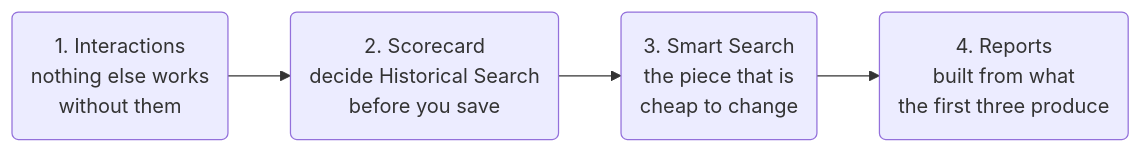
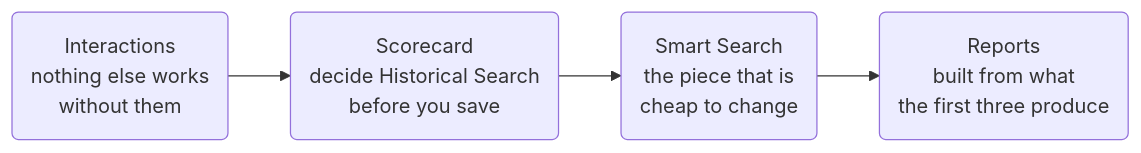
Before and after one commit to Botlhale-AI/docs-vela: the diagram in docs/explanation/how-the-pieces-fit.md, drawn with Mermaid. The commit also changed 24 other files, not shown here.

````diff
--- a/docs/explanation/how-the-pieces-fit.md
+++ b/docs/explanation/how-the-pieces-fit.md
@@ -31,6 +31,6 @@
 ```mermaid
 flowchart LR
-    A("1. Interactions<br/>nothing else works<br/>without them") --> B("2. Scorecard<br/>decide Historical Search<br/>before you save")
-    B --> C("3. Smart Search<br/>the piece that is<br/>cheap to change")
-    C --> D("4. Reports<br/>built from what<br/>the first three produce")
+    A("Interactions<br/>nothing else works<br/>without them") --> B("Scorecard<br/>decide Historical Search<br/>before you save")
+    B --> C("Smart Search<br/>the piece that is<br/>cheap to change")
+    C --> D("Reports<br/>built from what<br/>the first three produce")
 ```
````
